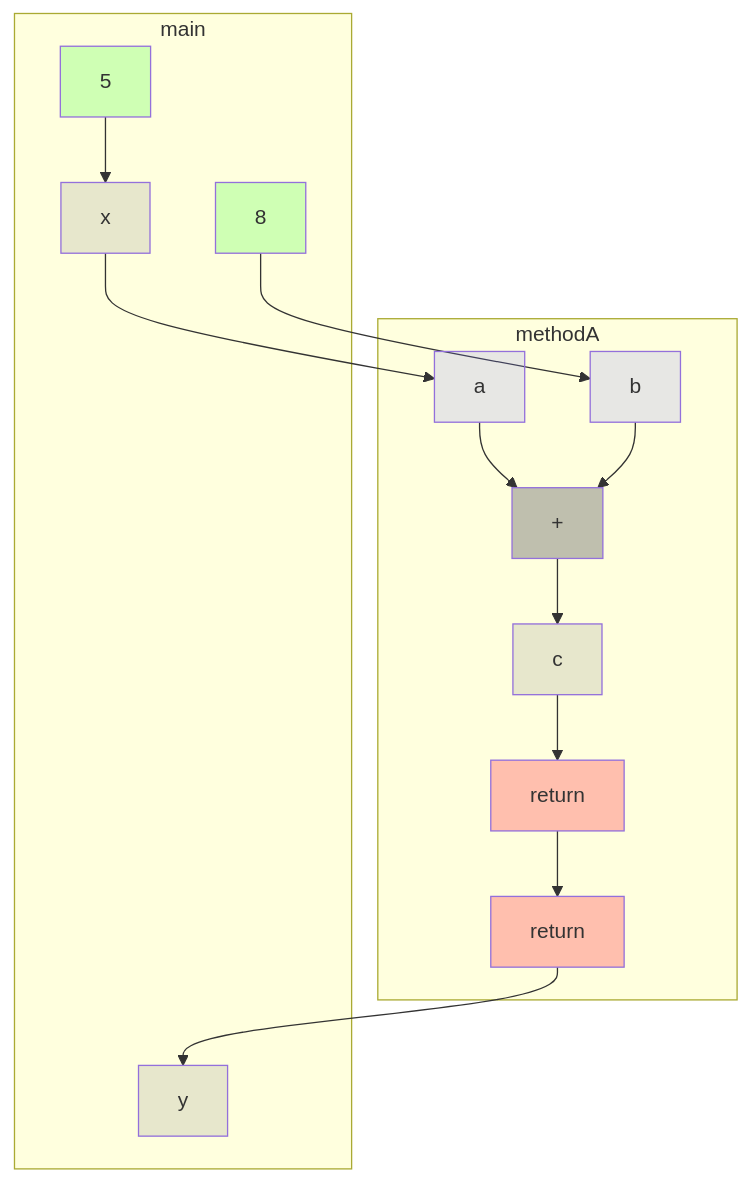
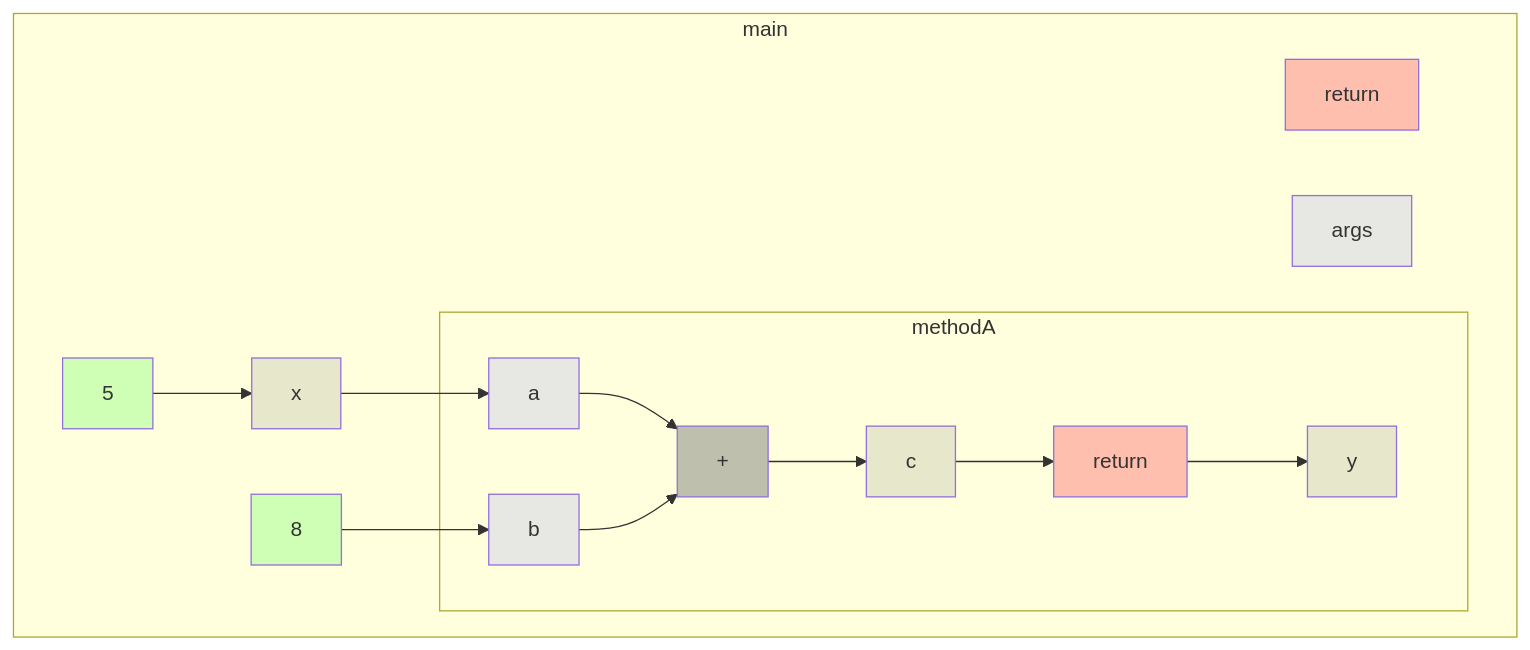
Before and after one commit to gstiebler/codeflow: the diagram in app/src/test/resources/funcCall/truth.md, drawn with Mermaid. The commit also changed 3 other files, not shown here.

````diff
--- a/app/src/test/resources/funcCall/truth.md
+++ b/app/src/test/resources/funcCall/truth.md
@@ -1,21 +1,31 @@
 ```mermaid
 flowchart TD
-  subgraph methodA
-    439986885[return]:::RETURN --> 439986859[return]:::RETURN
-    439986912[a]:::FUNC_PARAM --> 439986962[+]:::BIN_OP
-    439986925[b]:::FUNC_PARAM --> 439986962[+]:::BIN_OP
-    439986948[c]:::VARIABLE --> 439986885[return]:::RETURN
-    439986962[+]:::BIN_OP --> 439986948[c]:::VARIABLE
-  end
   subgraph main
+    439986771[return]:::RETURN
+    439986795[args]:::FUNC_PARAM
+    439986820[x]:::VARIABLE
+    439986834[5]:::LITERAL
+    439986845[y]:::VARIABLE
+    439986870[8]:::LITERAL
     439986820[x]:::VARIABLE --> 439986912[a]:::FUNC_PARAM
     439986834[5]:::LITERAL --> 439986820[x]:::VARIABLE
-    439986859[return]:::RETURN --> 439986845[y]:::VARIABLE
     439986870[8]:::LITERAL --> 439986925[b]:::FUNC_PARAM
+    subgraph methodA
+      439986885[return]:::RETURN
+      439986912[a]:::FUNC_PARAM
+      439986925[b]:::FUNC_PARAM
+      439986948[c]:::VARIABLE
+      439986962[+]:::BIN_OP
+      439986885[return]:::RETURN --> 439986845[y]:::VARIABLE
+      439986912[a]:::FUNC_PARAM --> 439986962[+]:::BIN_OP
+      439986925[b]:::FUNC_PARAM --> 439986962[+]:::BIN_OP
+      439986948[c]:::VARIABLE --> 439986885[return]:::RETURN
+      439986962[+]:::BIN_OP --> 439986948[c]:::VARIABLE
+    end
   end
   classDef LITERAL fill:#00FF0030
   classDef VARIABLE fill:#80808030
   classDef BIN_OP fill:#80808080
   classDef FUNC_PARAM fill:#8080FF30
   classDef RETURN fill:#FF808080
 ```
````
